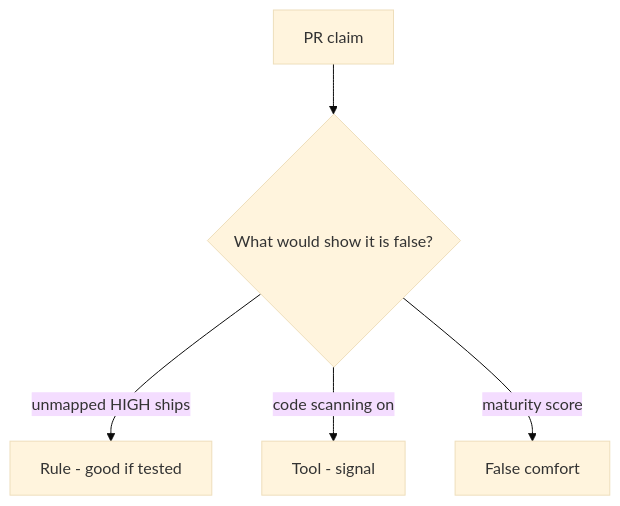
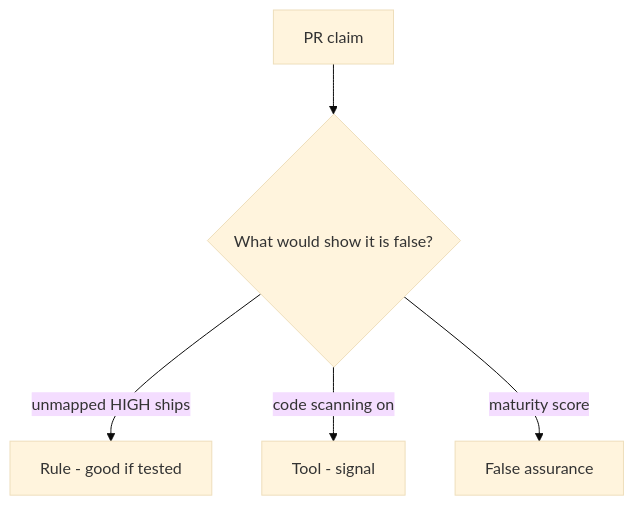
One commit to ishitvagoel/LearnSecurity changed the diagram in content/modules/9/9.4/lessons/08-review.md. Above: the diagram before and after it, drawn with Mermaid (base theme). The commit also changed other lines of this file and 240 other files, not shown here.

````diff
--- a/content/modules/9/9.4/lessons/08-review.md
+++ b/content/modules/9/9.4/lessons/08-review.md
@@ -18,7 +18,7 @@
 ```mermaid
 flowchart TD
   Claim[PR claim] --> Q{"What would show it is false?"}
   Q -->|unmapped HIGH ships| Property["Rule - good if tested"]
   Q -->|code scanning on| Mechanism[Tool - signal]
-  Q -->|maturity score| False[False comfort]
+  Q -->|maturity score| False[False assurance]
 ```
````
